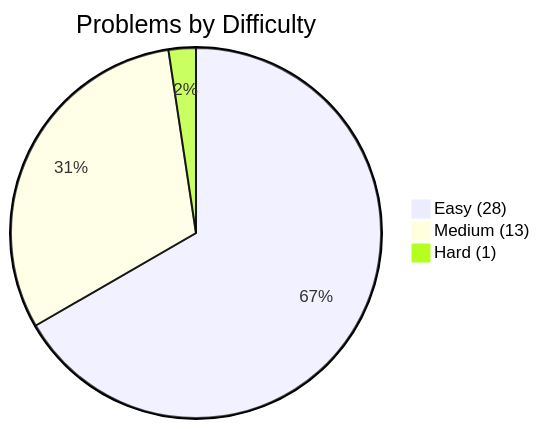
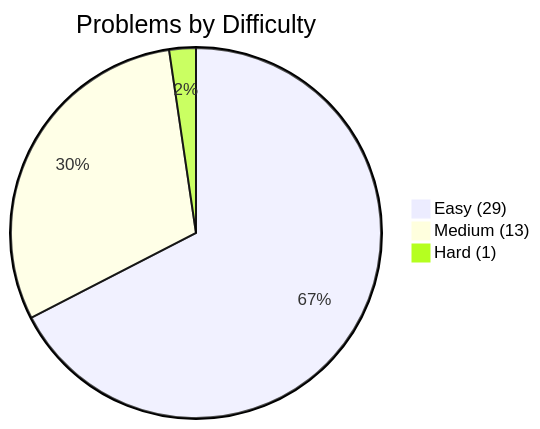
Before and after one commit to kanishk-procoder/leetcode-grind: the first of 2 diagrams in PROGRESS.md, drawn with Mermaid. The commit also changed other lines of this file and 4 other files, not shown here.

````diff
--- a/PROGRESS.md
+++ b/PROGRESS.md
@@ -5,6 +5,6 @@
 ```mermaid
 pie title Problems by Difficulty
-    "Easy (28)" : 28
+    "Easy (29)" : 29
     "Medium (13)" : 13
     "Hard (1)" : 1
 ```
````
